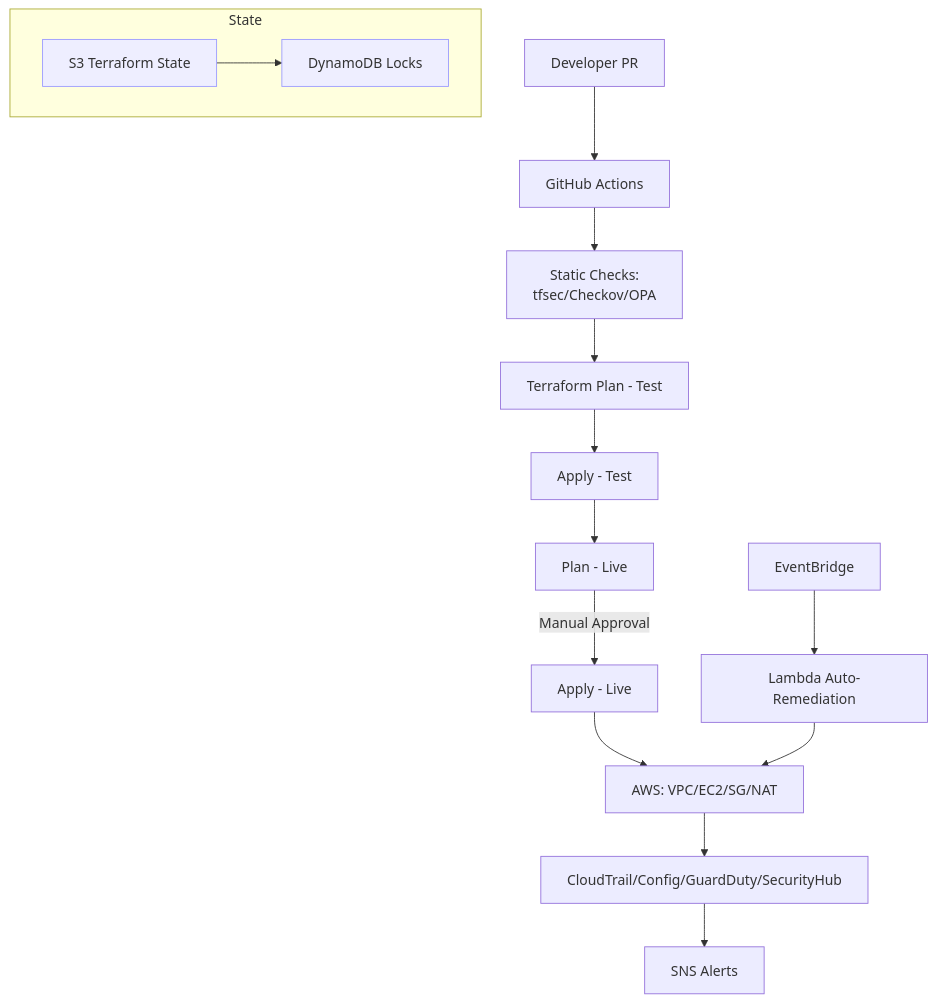
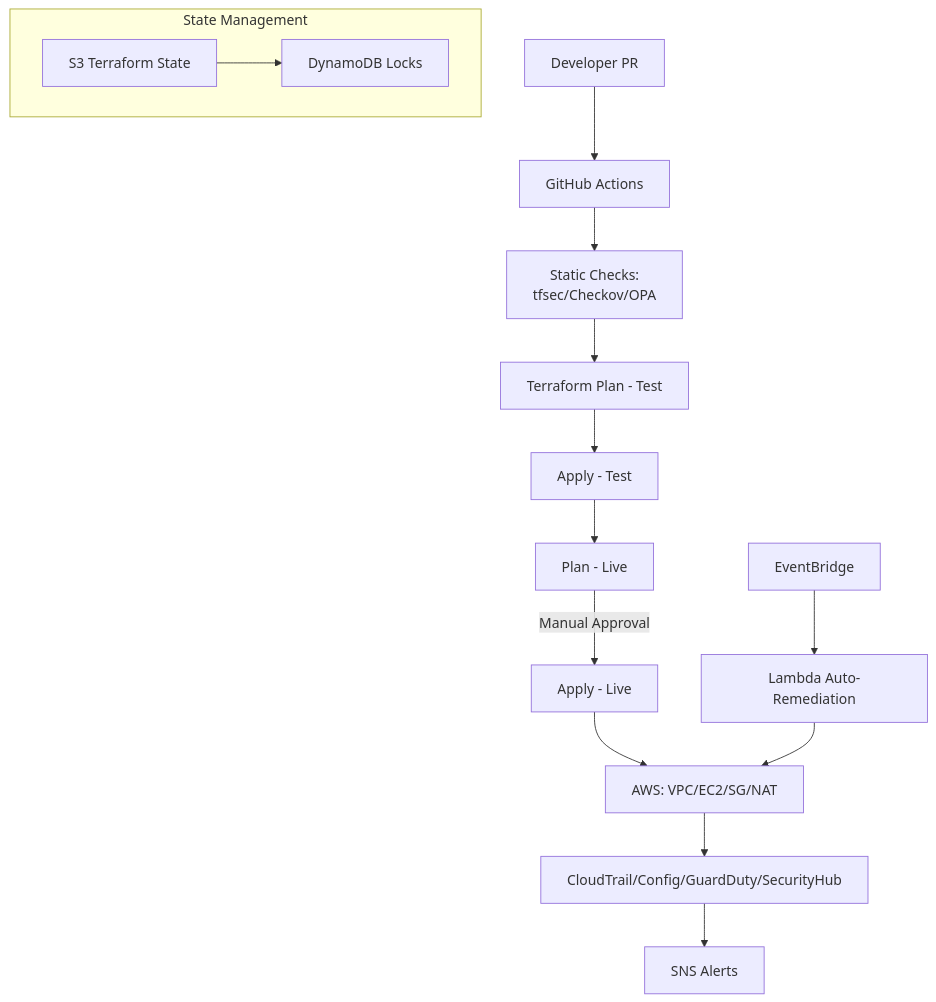
Before and after one commit to olumidetowoju/aws-secure-network-architecture-labs: the diagram in diagrams/day6-devsecops.mmd, drawn with Mermaid.

````diff
--- a/diagrams/day6-devsecops.mmd
+++ b/diagrams/day6-devsecops.mmd
@@ -1,24 +1,20 @@
 ```mermaid
 graph TD
     A[Developer PR] --> B[GitHub Actions]
     B --> C[Static Checks:<br/>tfsec/Checkov/OPA]
     C --> D[Terraform Plan - Test]
     D --> E[Apply - Test]
     E --> F[Plan - Live]
     F -->|Manual Approval| G[Apply - Live]
     G --> H[AWS: VPC/EC2/SG/NAT]
     H --> I[CloudTrail/Config/GuardDuty/SecurityHub]
     I --> J[SNS Alerts]
     K[EventBridge] --> L[Lambda Auto-Remediation]
     L --> H
     
-    subgraph State
+    subgraph State Management
         M[S3 Terraform State]
         N[DynamoDB Locks]
         M --> N
     end
-    
-    class M state
-    class N state
-    classDef state fill:#eef,stroke:#99f,stroke-width:1px
 ```
````
